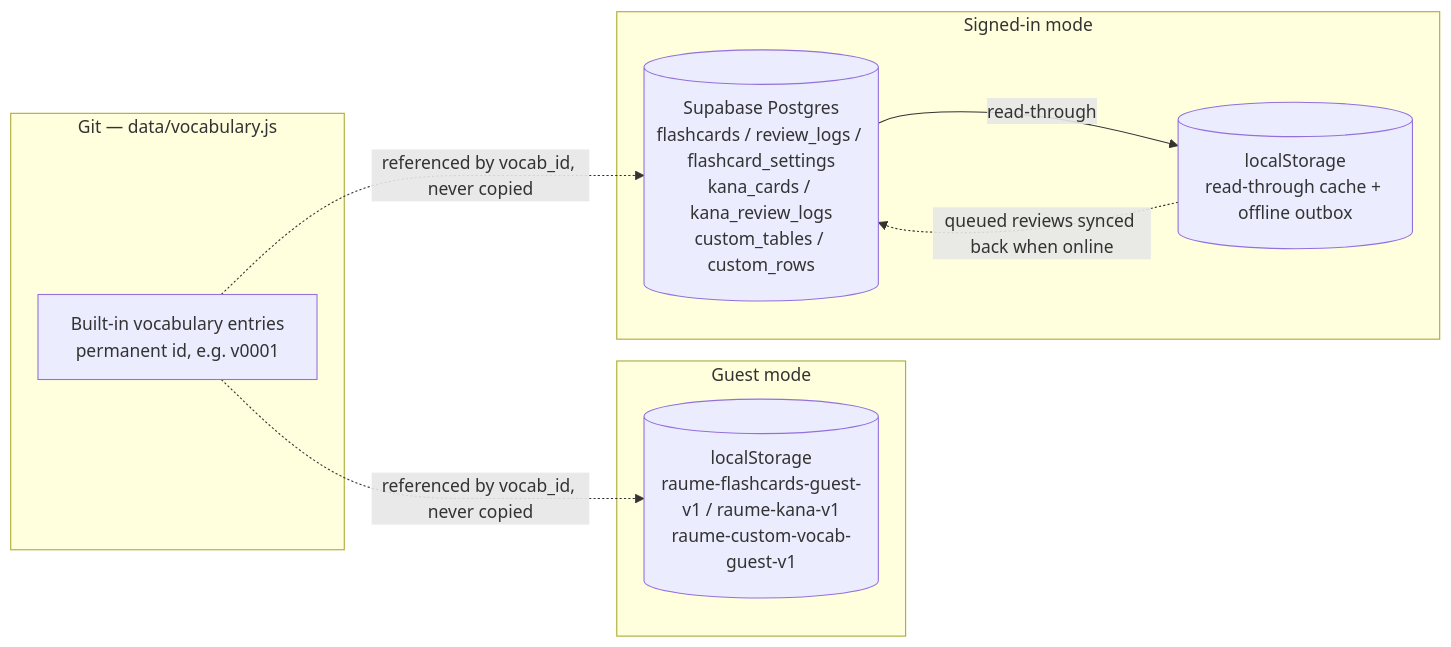
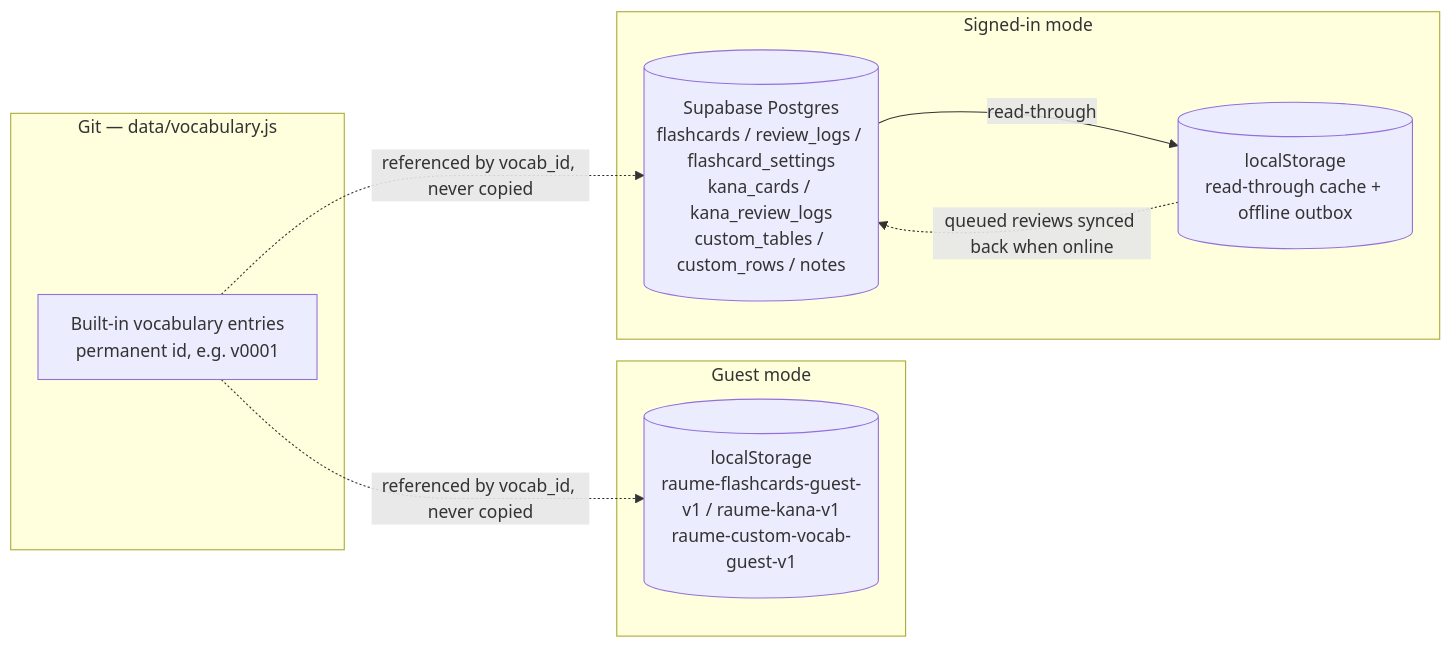
Before and after one commit to xxvazquez/raume: the diagram in docs/architecture.md, drawn with Mermaid. The commit also changed other lines of this file and 15 other files, not shown here.

````diff
--- a/docs/architecture.md
+++ b/docs/architecture.md
@@ -41,18 +41,18 @@
 ```mermaid
 flowchart LR
     subgraph git["Git — data/vocabulary.js"]
         V["Built-in vocabulary entries<br/>permanent id, e.g. v0001"]
     end
     subgraph guest["Guest mode"]
         LS[("localStorage<br/>raume-flashcards-guest-v1 / raume-kana-v1<br/>raume-custom-vocab-guest-v1")]
     end
     subgraph account["Signed-in mode"]
-        SB[("Supabase Postgres<br/>flashcards / review_logs / flashcard_settings<br/>kana_cards / kana_review_logs<br/>custom_tables / custom_rows")]
+        SB[("Supabase Postgres<br/>flashcards / review_logs / flashcard_settings<br/>kana_cards / kana_review_logs<br/>custom_tables / custom_rows / notes")]
         Cache[("localStorage<br/>read-through cache + offline outbox")]
     end
 
     V -. "referenced by vocab_id, never copied" .-> LS
     V -. "referenced by vocab_id, never copied" .-> SB
     SB -- "read-through" --> Cache
     Cache -. "queued reviews synced back when online" .-> SB
 ```
````
